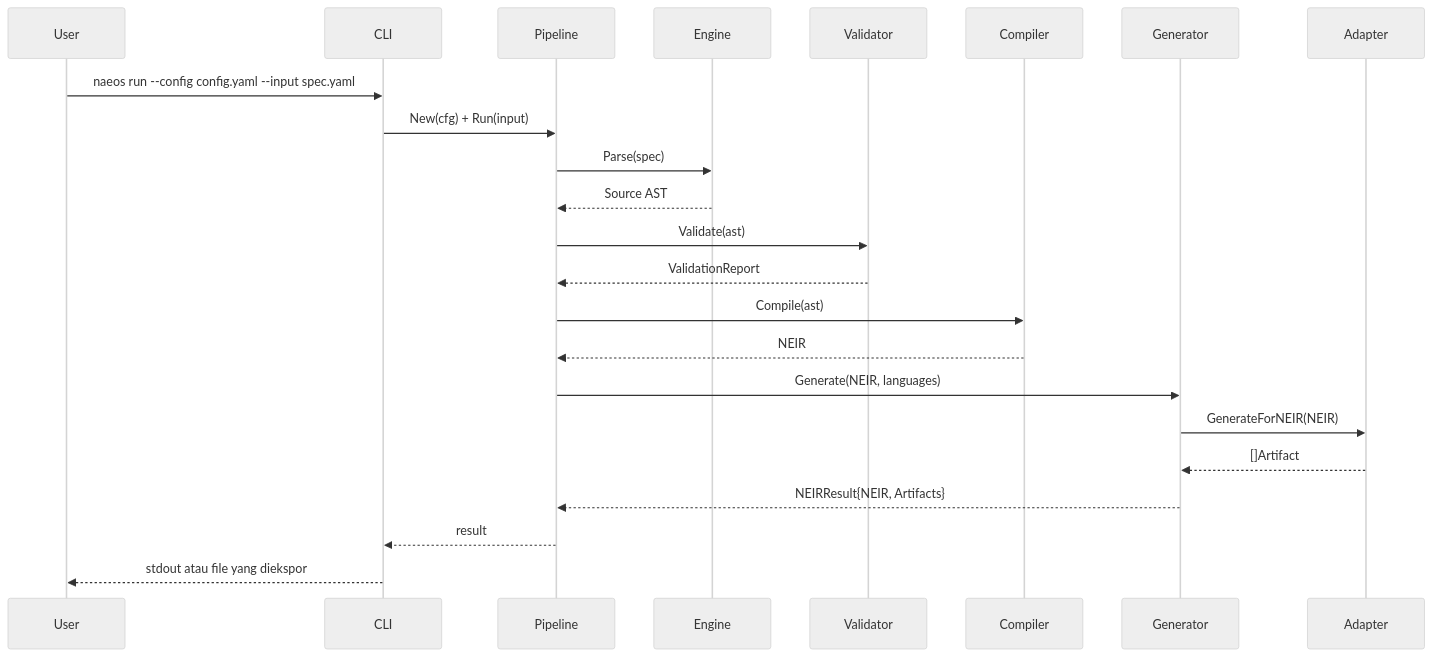
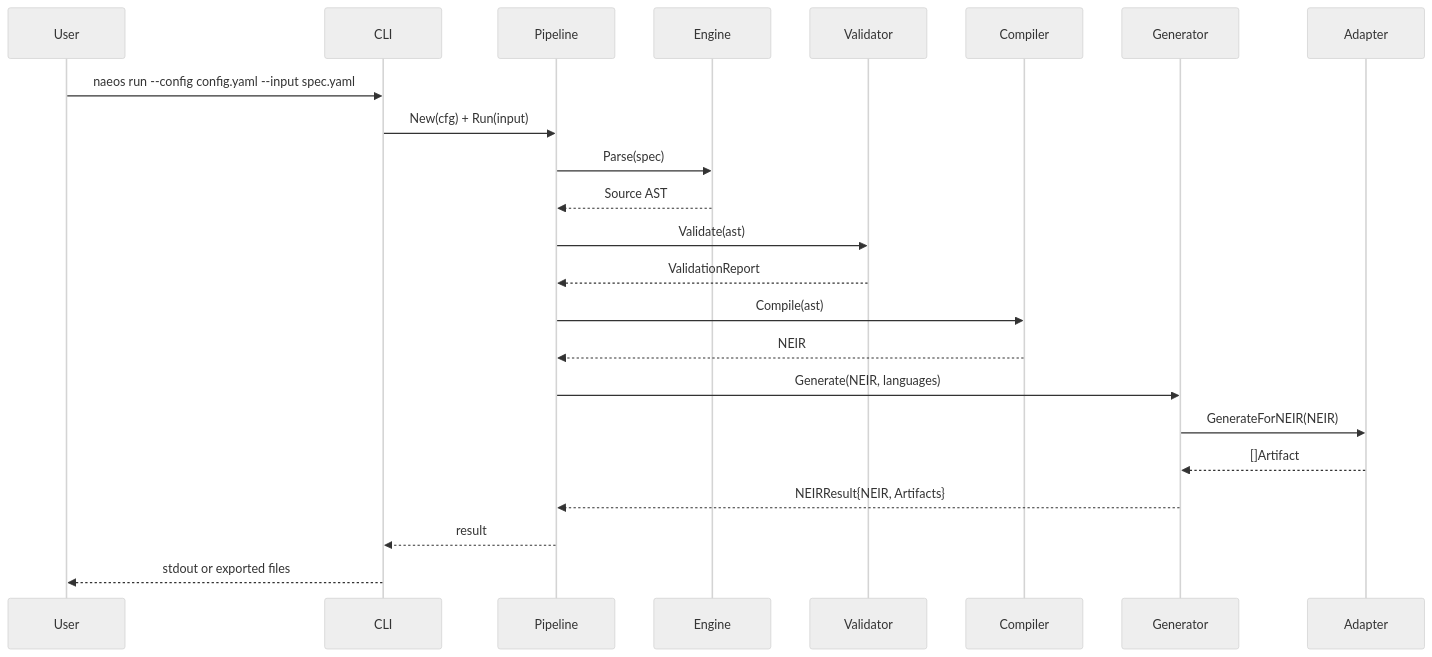
Before and after one commit to NAEOS-foundation/naeos: the fifth of 7 diagrams in WHITEPAPER.md, drawn with Mermaid (neutral theme). The commit also changed other lines of this file, not shown here.

````diff
--- a/WHITEPAPER.md
+++ b/WHITEPAPER.md
@@ -191,26 +191,26 @@
 ```mermaid
 sequenceDiagram
     participant User
     participant CLI
     participant Pipeline
     participant Engine
     participant Validator
     participant Compiler
     participant Generator
     participant Adapter
 
     User->>CLI: naeos run --config config.yaml --input spec.yaml
     CLI->>Pipeline: New(cfg) + Run(input)
     Pipeline->>Engine: Parse(spec)
     Engine-->>Pipeline: Source AST
     Pipeline->>Validator: Validate(ast)
     Validator-->>Pipeline: ValidationReport
     Pipeline->>Compiler: Compile(ast)
     Compiler-->>Pipeline: NEIR
     Pipeline->>Generator: Generate(NEIR, languages)
     Generator->>Adapter: GenerateForNEIR(NEIR)
     Adapter-->>Generator: []Artifact
     Generator-->>Pipeline: NEIRResult{NEIR, Artifacts}
     Pipeline-->>CLI: result
-    CLI-->>User: stdout atau file yang diekspor
+    CLI-->>User: stdout or exported files
 ```
````
